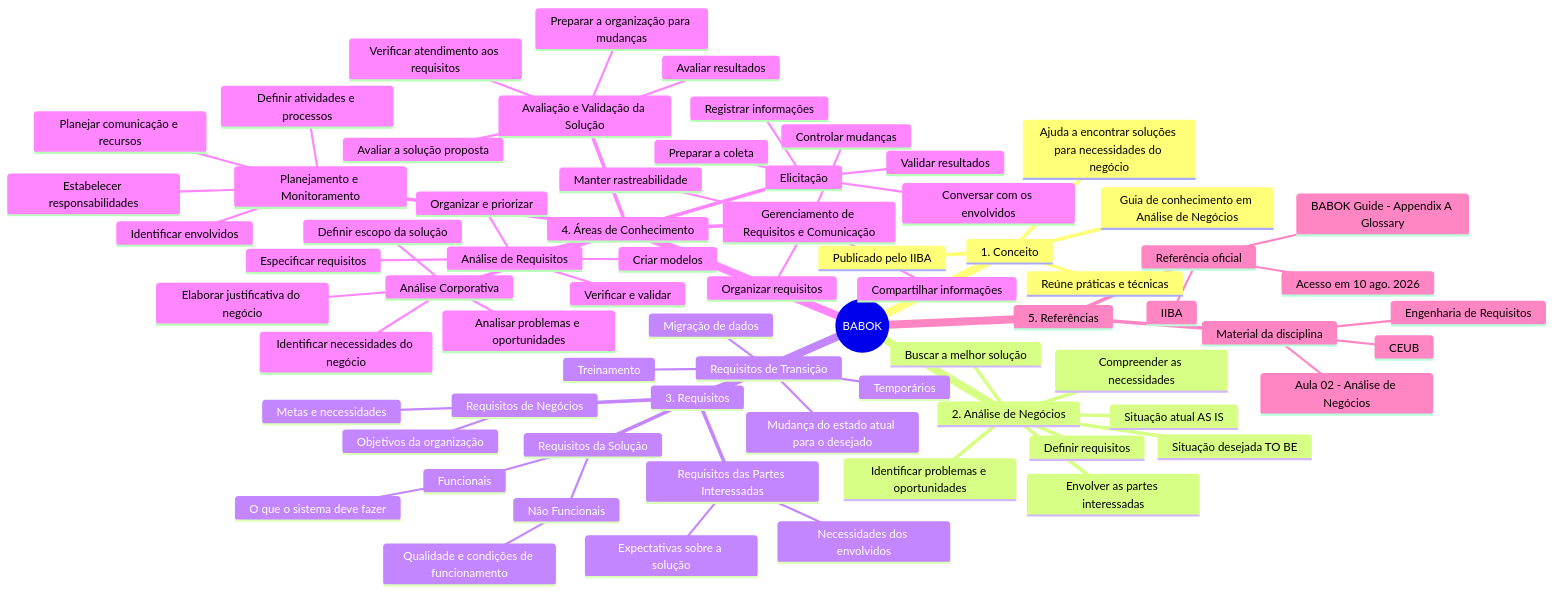
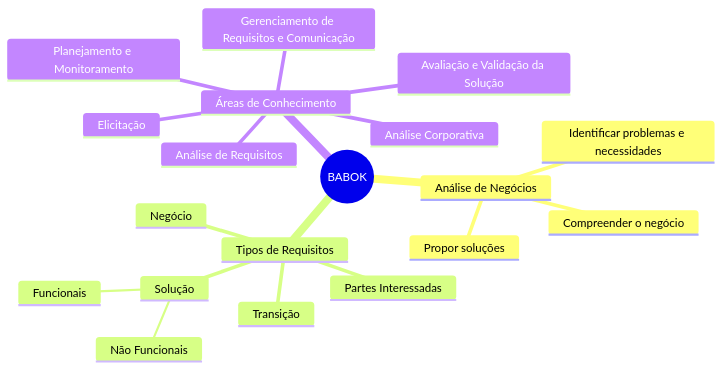
Before and after one commit to anabeatrizAC/Engenharia-de-Requisitos-1: the diagram in Unidade 2/MapaMentalBabok.md, drawn with Mermaid.

Commit message:
Update mind map for BABOK concepts and requirements

````diff
--- a/Unidade 2/MapaMentalBabok.md
+++ b/Unidade 2/MapaMentalBabok.md
@@ -2,78 +2,24 @@
 ```mermaid
 mindmap
   root((BABOK))
-    1. Conceito
-      Guia de conhecimento em Análise de Negócios
-      Publicado pelo IIBA
-      Reúne práticas e técnicas
-      Ajuda a encontrar soluções para necessidades do negócio
+    Análise de Negócios
+      Identificar problemas e necessidades
+      Compreender o negócio
+      Propor soluções
 
-    2. Análise de Negócios
-      Identificar problemas e oportunidades
-      Compreender as necessidades
-      Envolver as partes interessadas
-      Definir requisitos
-      Buscar a melhor solução
-      Situação atual AS IS
-      Situação desejada TO BE
+    Tipos de Requisitos
+      Negócio
+      Partes Interessadas
+      Solução
+        Funcionais
+        Não Funcionais
+      Transição
 
-    3. Requisitos
-      Requisitos de Negócios
-        Objetivos da organização
-        Metas e necessidades
-      Requisitos das Partes Interessadas
-        Necessidades dos envolvidos
-        Expectativas sobre a solução
-      Requisitos da Solução
-        Funcionais
-          O que o sistema deve fazer
-        Não Funcionais
-          Qualidade e condições de funcionamento
-      Requisitos de Transição
-        Temporários
-        Migração de dados
-        Treinamento
-        Mudança do estado atual para o desejado
-
-    4. Áreas de Conhecimento
+    Áreas de Conhecimento
       Planejamento e Monitoramento
-        Definir atividades e processos
-        Identificar envolvidos
-        Estabelecer responsabilidades
-        Planejar comunicação e recursos
       Elicitação
-        Preparar a coleta
-        Conversar com os envolvidos
-        Registrar informações
-        Validar resultados
       Gerenciamento de Requisitos e Comunicação
-        Organizar requisitos
-        Controlar mudanças
-        Manter rastreabilidade
-        Compartilhar informações
       Análise Corporativa
-        Identificar necessidades do negócio
-        Analisar problemas e oportunidades
-        Definir escopo da solução
-        Elaborar justificativa do negócio
       Análise de Requisitos
-        Organizar e priorizar
-        Especificar requisitos
-        Criar modelos
-        Verificar e validar
       Avaliação e Validação da Solução
-        Avaliar a solução proposta
-        Verificar atendimento aos requisitos
-        Preparar a organização para mudanças
-        Avaliar resultados
-
-    5. Referências
-      Material da disciplina
-        Engenharia de Requisitos
-        Aula 02 - Análise de Negócios
-        CEUB
-      Referência oficial
-        IIBA
-        BABOK Guide - Appendix A Glossary
-        Acesso em 10 ago. 2026
 ```
````
